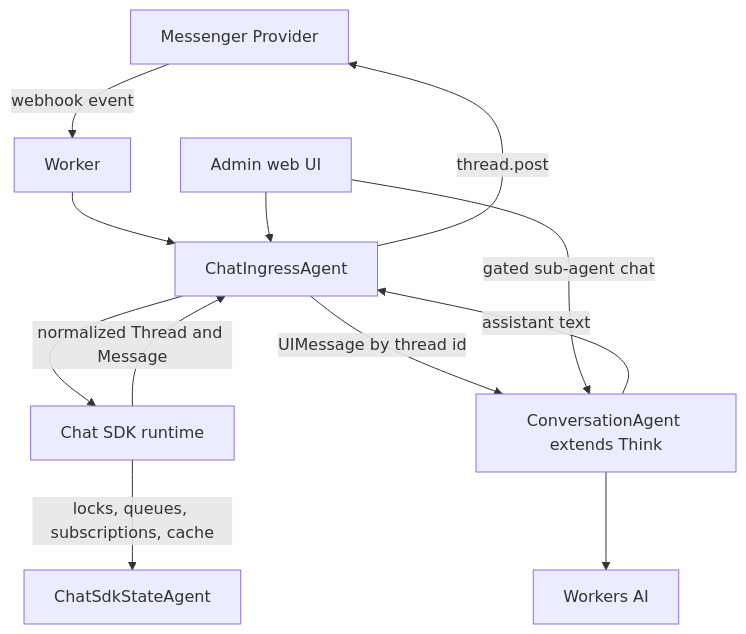
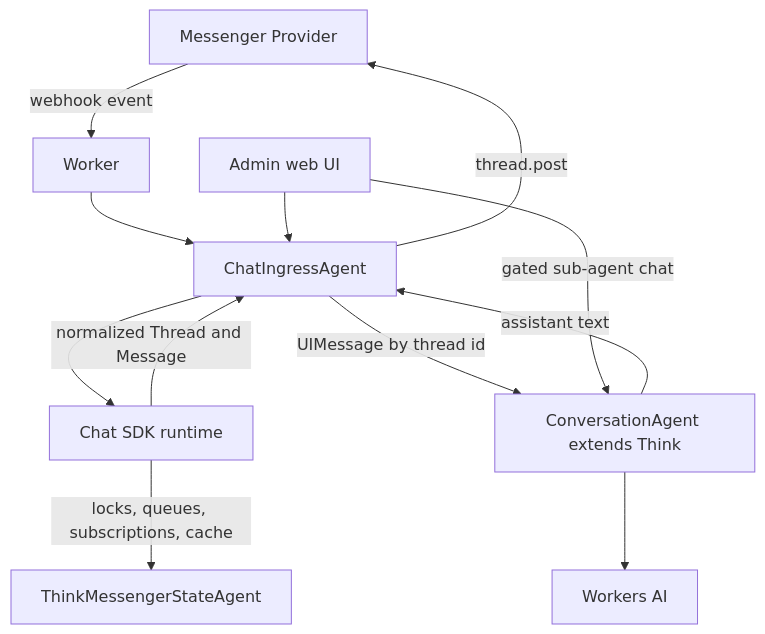
Before and after one commit to fork-the-planet/agents: the diagram in examples/chat-sdk-messenger/README.md, drawn with Mermaid. The commit also changed other lines of this file and 36 other files, not shown here.

````diff
--- a/examples/chat-sdk-messenger/README.md
+++ b/examples/chat-sdk-messenger/README.md
@@ -108,14 +108,14 @@
 ```mermaid
 flowchart TB
   Messenger[Messenger Provider] -->|"webhook event"| Worker[Worker]
   Worker --> ChatIngressAgent[ChatIngressAgent]
   ChatIngressAgent --> ChatSdk["Chat SDK runtime"]
-  ChatSdk -->|"locks, queues, subscriptions, cache"| ChatSdkStateAgent[ChatSdkStateAgent]
+  ChatSdk -->|"locks, queues, subscriptions, cache"| ThinkMessengerStateAgent[ThinkMessengerStateAgent]
   ChatSdk -->|"normalized Thread and Message"| ChatIngressAgent
   ChatIngressAgent -->|"UIMessage by thread id"| ConversationAgent[ConversationAgent extends Think]
   ConversationAgent --> WorkersAI[Workers AI]
   ConversationAgent -->|"assistant text"| ChatIngressAgent
   ChatIngressAgent -->|"thread.post"| Messenger
   AdminUI["Admin web UI"] --> ChatIngressAgent
   AdminUI -->|"gated sub-agent chat"| ConversationAgent
 ```
````
